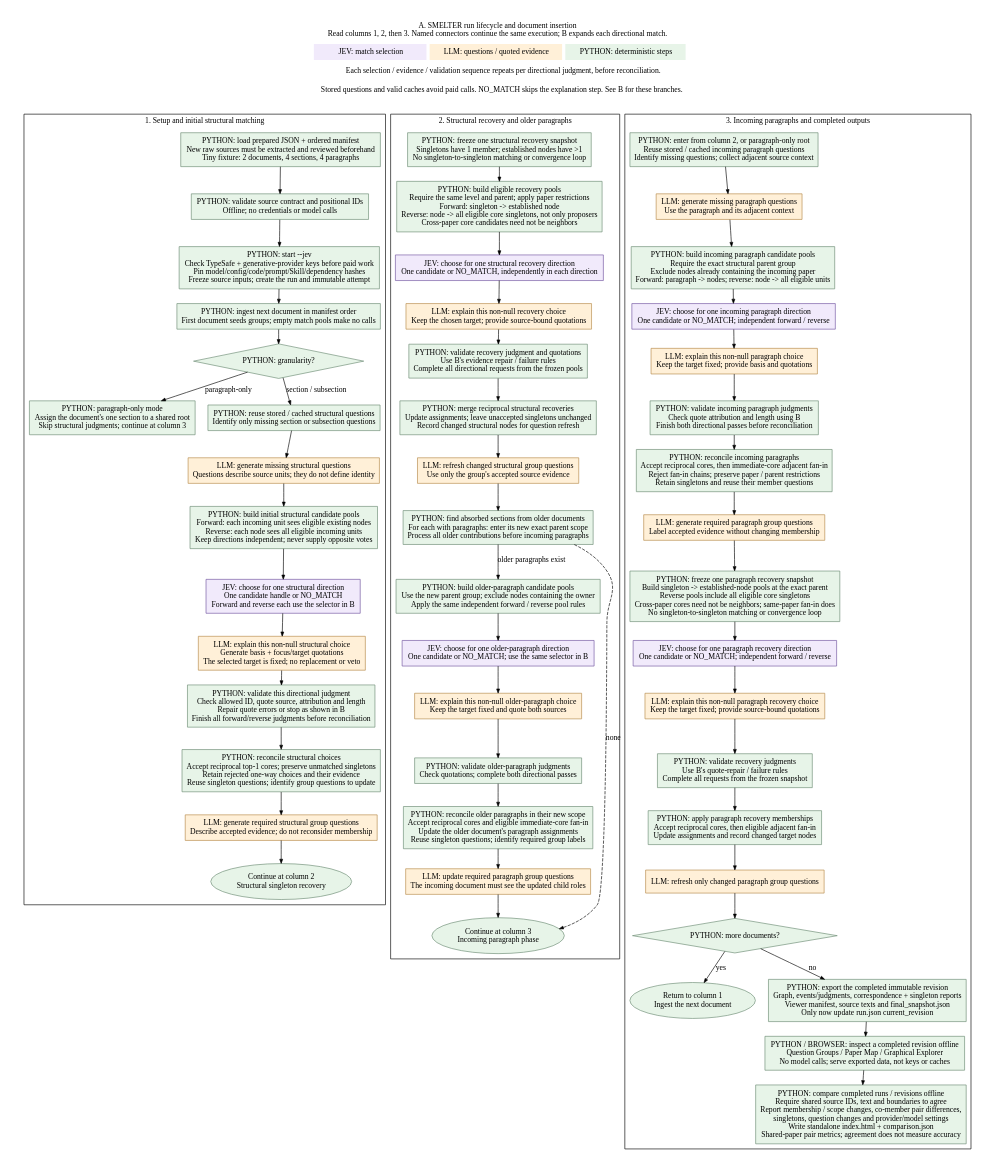
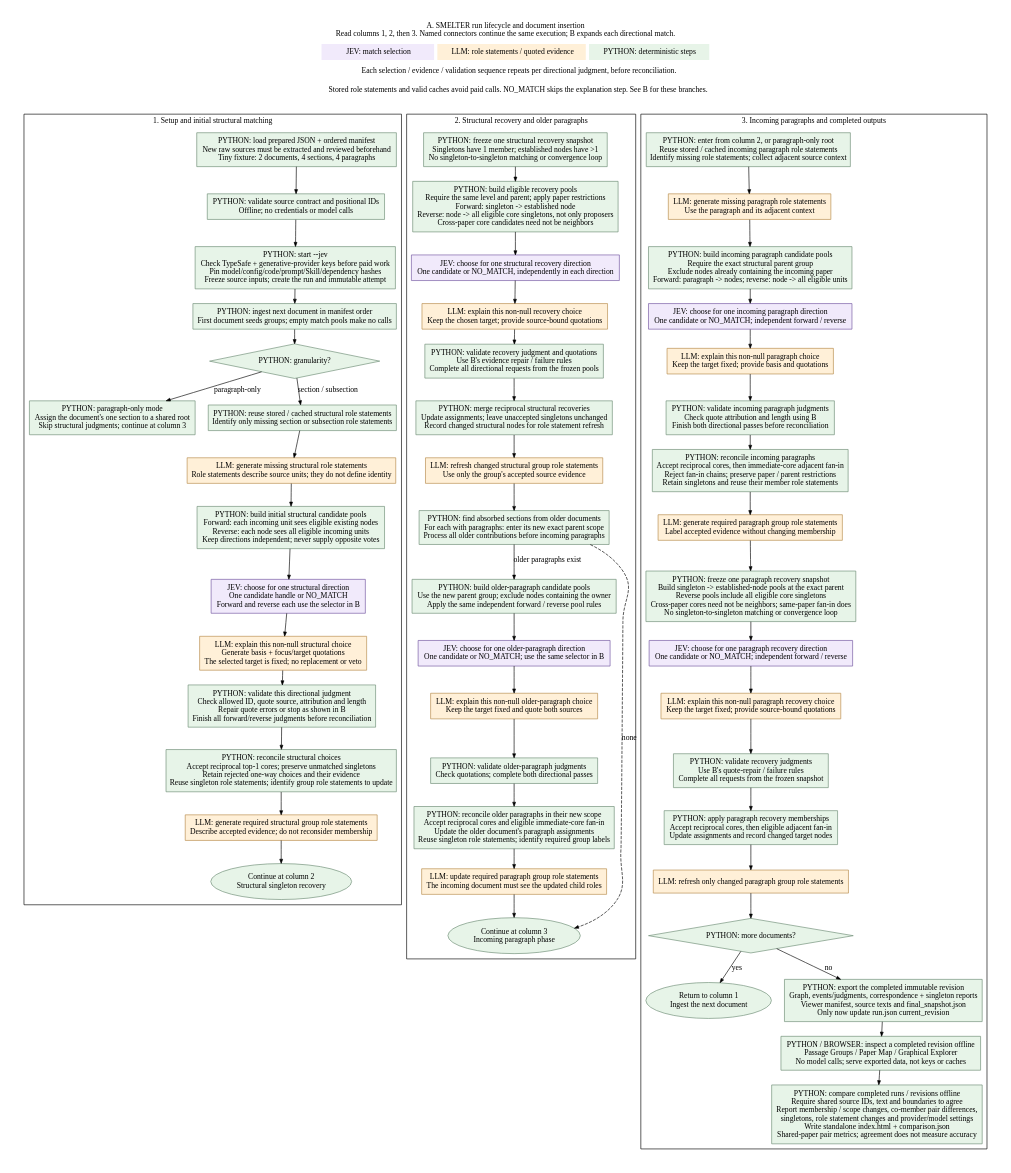
The diagram in docs/diagrams/jev-pipeline.dot (GraceGSy/SME-prototype), drawn with Graphviz before and after one commit. The commit also changed 112 other files, not shown here.

Commit message:
Question statement to role statement

```diff
--- a/docs/diagrams/jev-pipeline.dot
+++ b/docs/diagrams/jev-pipeline.dot
@@ -8,10 +8,10 @@
   edge [fontname="Times New Roman,", fontsize=12, color=black, arrowsize=0.65];
 
   legend [shape=plain, style="", label=<<TABLE BORDER="0" CELLBORDER="0" CELLSPACING="5" CELLPADDING="6">
-    <TR><TD BGCOLOR="#f1eafb">JEV: match selection</TD><TD BGCOLOR="#fff0d8">LLM: questions / quoted evidence</TD>
+    <TR><TD BGCOLOR="#f1eafb">JEV: match selection</TD><TD BGCOLOR="#fff0d8">LLM: role statements / quoted evidence</TD>
     <TD BGCOLOR="#e7f4e8">PYTHON: deterministic steps</TD></TR>
     <TR><TD COLSPAN="3">Each selection / evidence / validation sequence repeats per directional judgment, before reconciliation.</TD></TR>
-    <TR><TD COLSPAN="3">Stored questions and valid caches avoid paid calls. NO_MATCH skips the explanation step. See B for these branches.</TD></TR>
+    <TR><TD COLSPAN="3">Stored role statements and valid caches avoid paid calls. NO_MATCH skips the explanation step. See B for these branches.</TD></TR>
   </TABLE>>];
 
   subgraph cluster_initial {
@@ -22,18 +22,18 @@
     paper [label="PYTHON: ingest next document in manifest order\nFirst document seeds groups; empty match pools make no calls"];
     mode [shape=diamond, label="PYTHON: granularity?"];
     root [label="PYTHON: paragraph-only mode\nAssign the document's one section to a shared root\nSkip structural judgments; continue at column 3"];
-    stored_s [label="PYTHON: reuse stored / cached structural questions\nIdentify only missing section or subsection questions"];
+    stored_s [label="PYTHON: reuse stored / cached structural role statements\nIdentify only missing section or subsection role statements"];
     question_s [fillcolor="#fff0d8", color="#b68a49",
-      label="LLM: generate missing structural questions\nQuestions describe source units; they do not define identity"];
+      label="LLM: generate missing structural role statements\nRole statements describe source units; they do not define identity"];
     pool_s [label="PYTHON: build initial structural candidate pools\nForward: each incoming unit sees eligible existing nodes\nReverse: each node sees all eligible incoming units\nKeep directions independent; never supply opposite votes"];
     choose_s [fillcolor="#f1eafb", color="#7054a0",
       label="JEV: choose for one structural direction\nOne candidate handle or NO_MATCH\nForward and reverse each use the selector in B"];
     explain_s [fillcolor="#fff0d8", color="#b68a49",
       label="LLM: explain this non-null structural choice\nGenerate basis + focus/target quotations\nThe selected target is fixed; no replacement or veto"];
     check_s [label="PYTHON: validate this directional judgment\nCheck allowed ID, quote source, attribution and length\nRepair quote errors or stop as shown in B\nFinish all forward/reverse judgments before reconciliation"];
-    reconcile_s [label="PYTHON: reconcile structural choices\nAccept reciprocal top-1 cores; preserve unmatched singletons\nRetain rejected one-way choices and their evidence\nReuse singleton questions; identify group questions to update"];
+    reconcile_s [label="PYTHON: reconcile structural choices\nAccept reciprocal top-1 cores; preserve unmatched singletons\nRetain rejected one-way choices and their evidence\nReuse singleton role statements; identify group role statements to update"];
     label_s [fillcolor="#fff0d8", color="#b68a49",
-      label="LLM: generate required structural group questions\nDescribe accepted evidence; do not reconsider membership"];
+      label="LLM: generate required structural group role statements\nDescribe accepted evidence; do not reconsider membership"];
     to_recovery [shape=ellipse, label="Continue at column 2\nStructural singleton recovery"];
 
     inputs -> validate -> start -> paper -> mode;
@@ -52,9 +52,9 @@
     recovery_explain_s [fillcolor="#fff0d8", color="#b68a49",
       label="LLM: explain this non-null recovery choice\nKeep the chosen target; provide source-bound quotations"];
     recovery_check_s [label="PYTHON: validate recovery judgment and quotations\nUse B's evidence repair / failure rules\nComplete all directional requests from the frozen pools"];
-    merge_s [label="PYTHON: merge reciprocal structural recoveries\nUpdate assignments; leave unaccepted singletons unchanged\nRecord changed structural nodes for question refresh"];
+    merge_s [label="PYTHON: merge reciprocal structural recoveries\nUpdate assignments; leave unaccepted singletons unchanged\nRecord changed structural nodes for role statement refresh"];
     refresh_s [fillcolor="#fff0d8", color="#b68a49",
-      label="LLM: refresh changed structural group questions\nUse only the group's accepted source evidence"];
+      label="LLM: refresh changed structural group role statements\nUse only the group's accepted source evidence"];
     old_sections [label="PYTHON: find absorbed sections from older documents\nFor each with paragraphs: enter its new exact parent scope\nProcess all older contributions before incoming paragraphs"];
     old_pool [label="PYTHON: build older-paragraph candidate pools\nUse the new parent group; exclude nodes containing the owner\nApply the same independent forward / reverse pool rules"];
     old_choose [fillcolor="#f1eafb", color="#7054a0",
@@ -62,9 +62,9 @@
     old_explain [fillcolor="#fff0d8", color="#b68a49",
       label="LLM: explain this non-null older-paragraph choice\nKeep the target fixed and quote both sources"];
     old_check [label="PYTHON: validate older-paragraph judgments\nCheck quotations; complete both directional passes"];
-    old_reconcile [label="PYTHON: reconcile older paragraphs in their new scope\nAccept reciprocal cores and eligible immediate-core fan-in\nUpdate the older document's paragraph assignments\nReuse singleton questions; identify required group labels"];
+    old_reconcile [label="PYTHON: reconcile older paragraphs in their new scope\nAccept reciprocal cores and eligible immediate-core fan-in\nUpdate the older document's paragraph assignments\nReuse singleton role statements; identify required group labels"];
     old_labels [fillcolor="#fff0d8", color="#b68a49",
-      label="LLM: update required paragraph group questions\nThe incoming document must see the updated child roles"];
+      label="LLM: update required paragraph group role statements\nThe incoming document must see the updated child roles"];
     to_paragraphs [shape=ellipse, label="Continue at column 3\nIncoming paragraph phase"];
 
     freeze_s -> recovery_pool_s -> recovery_choose_s -> recovery_explain_s;
@@ -76,18 +76,18 @@
 
   subgraph cluster_paragraphs {
     label="3. Incoming paragraphs and completed outputs";
-    stored_p [label="PYTHON: enter from column 2, or paragraph-only root\nReuse stored / cached incoming paragraph questions\nIdentify missing questions; collect adjacent source context"];
+    stored_p [label="PYTHON: enter from column 2, or paragraph-only root\nReuse stored / cached incoming paragraph role statements\nIdentify missing role statements; collect adjacent source context"];
     question_p [fillcolor="#fff0d8", color="#b68a49",
-      label="LLM: generate missing paragraph questions\nUse the paragraph and its adjacent context"];
+      label="LLM: generate missing paragraph role statements\nUse the paragraph and its adjacent context"];
     pool_p [label="PYTHON: build incoming paragraph candidate pools\nRequire the exact structural parent group\nExclude nodes already containing the incoming paper\nForward: paragraph -> nodes; reverse: node -> all eligible units"];
     choose_p [fillcolor="#f1eafb", color="#7054a0",
       label="JEV: choose for one incoming paragraph direction\nOne candidate or NO_MATCH; independent forward / reverse"];
     explain_p [fillcolor="#fff0d8", color="#b68a49",
       label="LLM: explain this non-null paragraph choice\nKeep the target fixed; provide basis and quotations"];
     check_p [label="PYTHON: validate incoming paragraph judgments\nCheck quote attribution and length using B\nFinish both directional passes before reconciliation"];
-    reconcile_p [label="PYTHON: reconcile incoming paragraphs\nAccept reciprocal cores, then immediate-core adjacent fan-in\nReject fan-in chains; preserve paper / parent restrictions\nRetain singletons and reuse their member questions"];
+    reconcile_p [label="PYTHON: reconcile incoming paragraphs\nAccept reciprocal cores, then immediate-core adjacent fan-in\nReject fan-in chains; preserve paper / parent restrictions\nRetain singletons and reuse their member role statements"];
     labels_p [fillcolor="#fff0d8", color="#b68a49",
-      label="LLM: generate required paragraph group questions\nLabel accepted evidence without changing membership"];
+      label="LLM: generate required paragraph group role statements\nLabel accepted evidence without changing membership"];
     freeze_p [label="PYTHON: freeze one paragraph recovery snapshot\nBuild singleton -> established-node pools at the exact parent\nReverse pools include all eligible core singletons\nCross-paper cores need not be neighbors; same-paper fan-in does\nNo singleton-to-singleton matching or convergence loop"];
     recovery_choose_p [fillcolor="#f1eafb", color="#7054a0",
       label="JEV: choose for one paragraph recovery direction\nOne candidate or NO_MATCH; independent forward / reverse"];
@@ -96,12 +96,12 @@
     recovery_check_p [label="PYTHON: validate recovery judgments\nUse B's quote-repair / failure rules\nComplete all requests from the frozen snapshot"];
     merge_p [label="PYTHON: apply paragraph recovery memberships\nAccept reciprocal cores, then eligible adjacent fan-in\nUpdate assignments and record changed target nodes"];
     refresh_p [fillcolor="#fff0d8", color="#b68a49",
-      label="LLM: refresh only changed paragraph group questions"];
+      label="LLM: refresh only changed paragraph group role statements"];
     more [shape=diamond, label="PYTHON: more documents?"];
     next_paper [shape=ellipse, label="Return to column 1\nIngest the next document"];
     export [label="PYTHON: export the completed immutable revision\nGraph, events/judgments, correspondence + singleton reports\nViewer manifest, source texts and final_snapshot.json\nOnly now update run.json current_revision"];
-    viewer [label="PYTHON / BROWSER: inspect a completed revision offline\nQuestion Groups / Paper Map / Graphical Explorer\nNo model calls; serve exported data, not keys or caches"];
-    compare [label="PYTHON: compare completed runs / revisions offline\nRequire shared source IDs, text and boundaries to agree\nReport membership / scope changes, co-member pair differences,\nsingletons, question changes and provider/model settings\nWrite standalone index.html + comparison.json\nShared-paper pair metrics; agreement does not measure accuracy"];
+    viewer [label="PYTHON / BROWSER: inspect a completed revision offline\nPassage Groups / Paper Map / Graphical Explorer\nNo model calls; serve exported data, not keys or caches"];
+    compare [label="PYTHON: compare completed runs / revisions offline\nRequire shared source IDs, text and boundaries to agree\nReport membership / scope changes, co-member pair differences,\nsingletons, role statement changes and provider/model settings\nWrite standalone index.html + comparison.json\nShared-paper pair metrics; agreement does not measure accuracy"];
 
     stored_p -> question_p -> pool_p -> choose_p -> explain_p -> check_p -> reconcile_p -> labels_p;
     labels_p -> freeze_p -> recovery_choose_p -> recovery_explain_p -> recovery_check_p;
```
